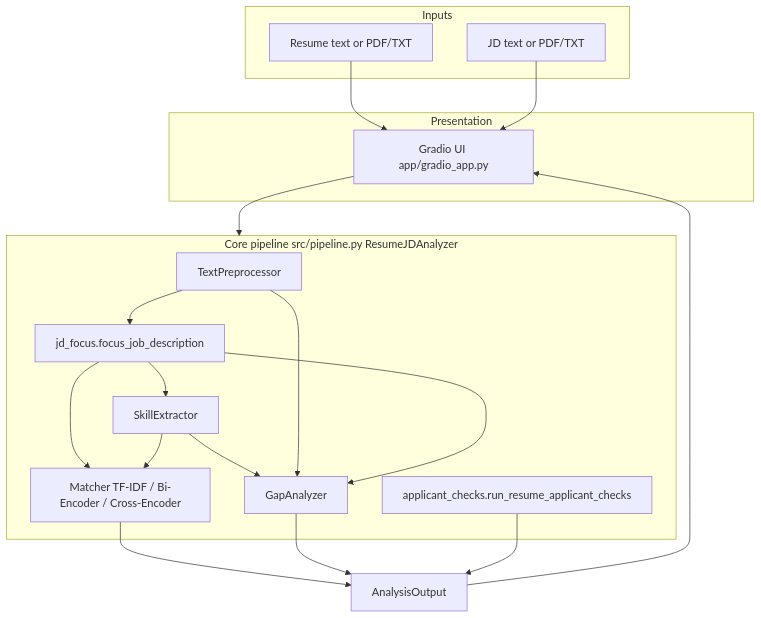
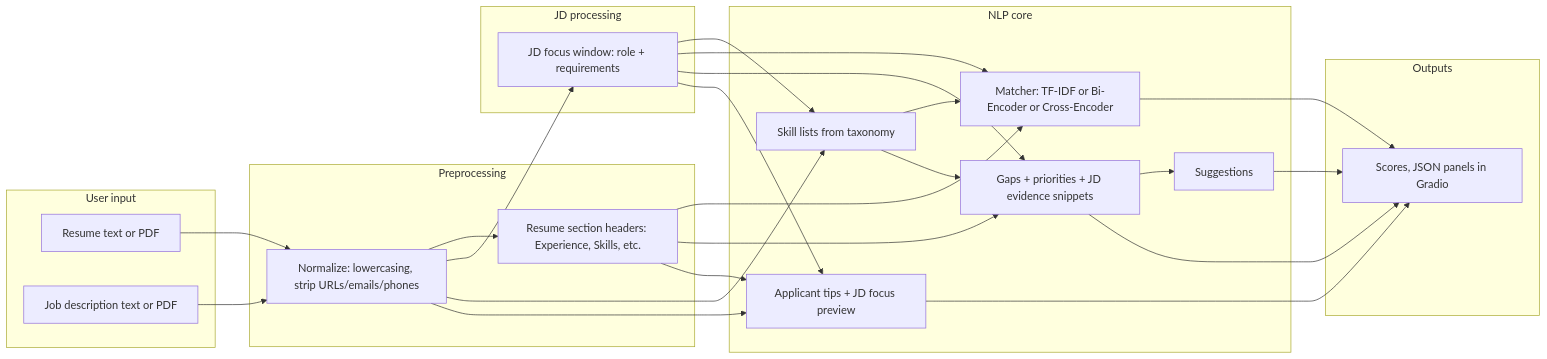
Before and after one commit to ritik123gaire/ResumeJDAnalyzer: the diagram in README.md, drawn with Mermaid. The commit also changed other lines of this file, not shown here.

````diff
--- a/README.md
+++ b/README.md
@@ -25,35 +142,49 @@
 ```mermaid
-flowchart TB
-  subgraph inputs [Inputs]
-    R[Resume text or PDF/TXT]
-    J[JD text or PDF/TXT]
+flowchart LR
+  subgraph in [User input]
+    R[Resume text or PDF]
+    J[Job description text or PDF]
   end
 
-  subgraph ui [Presentation]
-    G[Gradio UI app/gradio_app.py]
+  subgraph prep [Preprocessing]
+    N[Normalize: lowercasing, strip URLs/emails/phones]
+    SEC[Resume section headers: Experience, Skills, etc.]
   end
 
-  subgraph core [Core pipeline src/pipeline.py ResumeJDAnalyzer]
-    P[TextPreprocessor]
-    F[jd_focus.focus_job_description]
-    S[SkillExtractor]
-    M[Matcher TF-IDF / Bi-Encoder / Cross-Encoder]
-    GA[GapAnalyzer]
-    AC[applicant_checks.run_resume_applicant_checks]
+  subgraph jd [JD processing]
+    F[JD focus window: role + requirements]
   end
 
-  R --> G
-  J --> G
-  G --> core
-  P --> F
-  F --> S
+  subgraph nlp [NLP core]
+    SK[Skill lists from taxonomy]
+    M[Matcher: TF-IDF or Bi-Encoder or Cross-Encoder]
+    G[Gaps + priorities + JD evidence snippets]
+    S[Suggestions]
+    A[Applicant tips + JD focus preview]
+  end
+
+  subgraph out [Outputs]
+    O[Scores, JSON panels in Gradio]
+  end
+
+  R --> N
+  J --> N
+  N --> SEC
+  N --> F
+  F --> SK
+  N --> SK
+  SK --> M
+  SEC --> M
   F --> M
-  S --> M
-  S --> GA
-  P --> GA
-  F --> GA
-  M --> OUT[AnalysisOutput]
-  GA --> OUT
-  AC --> OUT
-  OUT --> G
+  SK --> G
+  F --> G
+  SEC --> G
+  G --> S
+  N --> A
+  SEC --> A
+  F --> A
+  M --> O
+  S --> O
+  G --> O
+  A --> O
 ```
````
